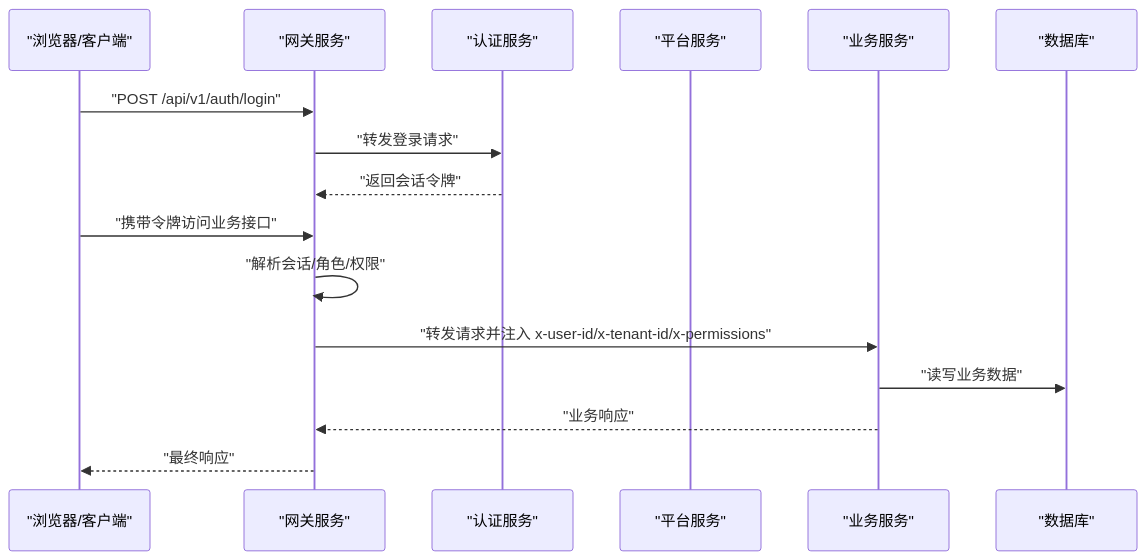
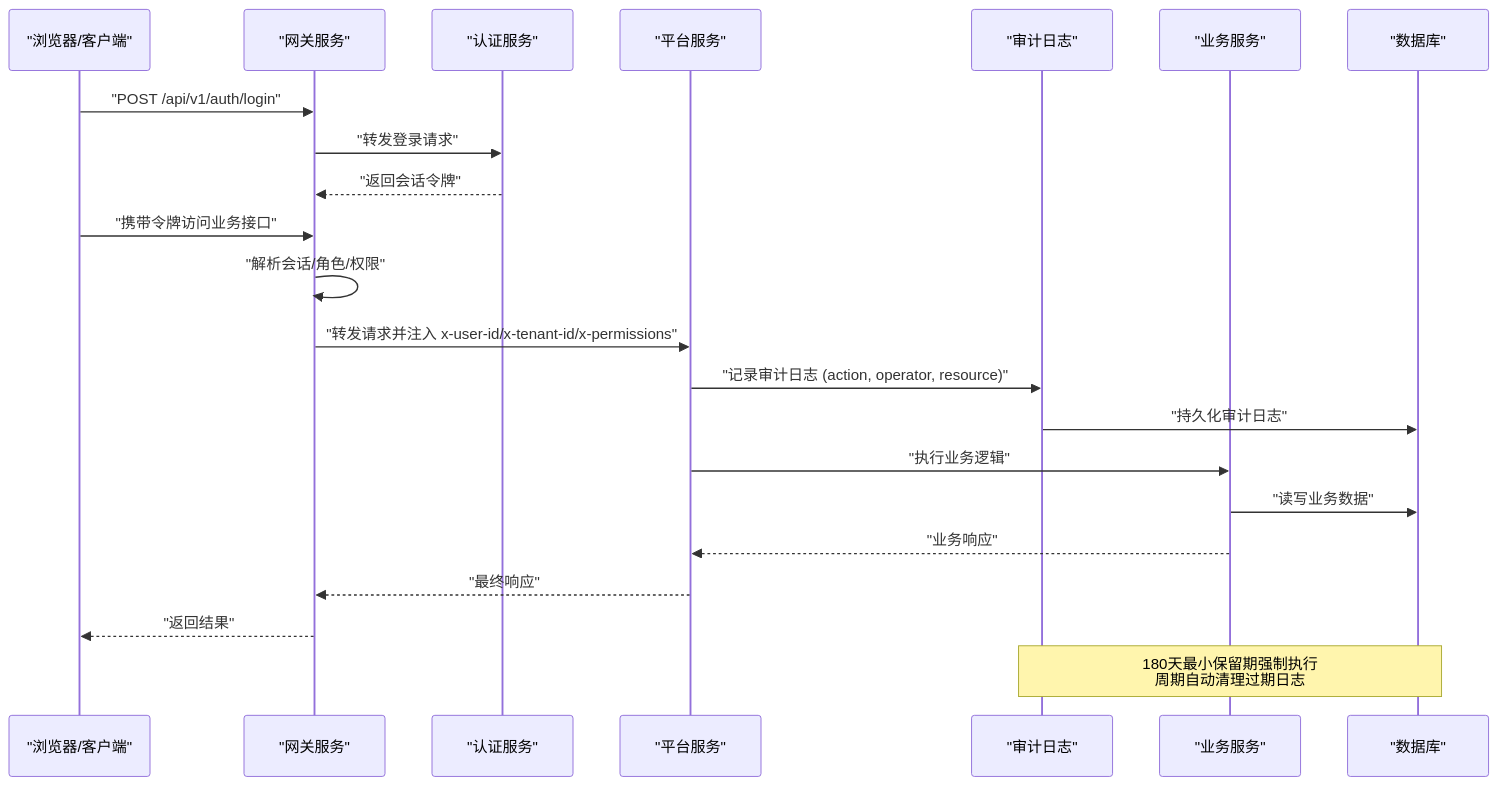
Before and after one commit to q446328246/agri-platform: the second of 3 diagrams in .qoder/repowiki/zh/content/项目概述/平台功能清单.md, drawn with Mermaid. The commit also changed other lines of this file and 6 other files, not shown here.

````diff
--- a/.qoder/repowiki/zh/content/项目概述/平台功能清单.md
+++ b/.qoder/repowiki/zh/content/项目概述/平台功能清单.md
@@ -124,18 +143,24 @@
 ```mermaid
 sequenceDiagram
 participant Client as "浏览器/客户端"
 participant Gateway as "网关服务"
 participant Auth as "认证服务"
 participant Platform as "平台服务"
+participant Audit as "审计日志"
 participant Service as "业务服务"
 participant DB as "数据库"
 Client->>Gateway : "POST /api/v1/auth/login"
 Gateway->>Auth : "转发登录请求"
 Auth-->>Gateway : "返回会话令牌"
 Client->>Gateway : "携带令牌访问业务接口"
 Gateway->>Gateway : "解析会话/角色/权限"
-Gateway->>Service : "转发请求并注入 x-user-id/x-tenant-id/x-permissions"
+Gateway->>Platform : "转发请求并注入 x-user-id/x-tenant-id/x-permissions"
+Platform->>Audit : "记录审计日志 (action, operator, resource)"
+Audit->>DB : "持久化审计日志"
+Platform->>Service : "执行业务逻辑"
 Service->>DB : "读写业务数据"
-Service-->>Gateway : "业务响应"
-Gateway-->>Client : "最终响应"
+Service-->>Platform : "业务响应"
+Platform-->>Gateway : "最终响应"
+Gateway-->>Client : "返回结果"
+Note over Audit,DB : 180天最小保留期强制执行<br/>周期自动清理过期日志
 ```
````
